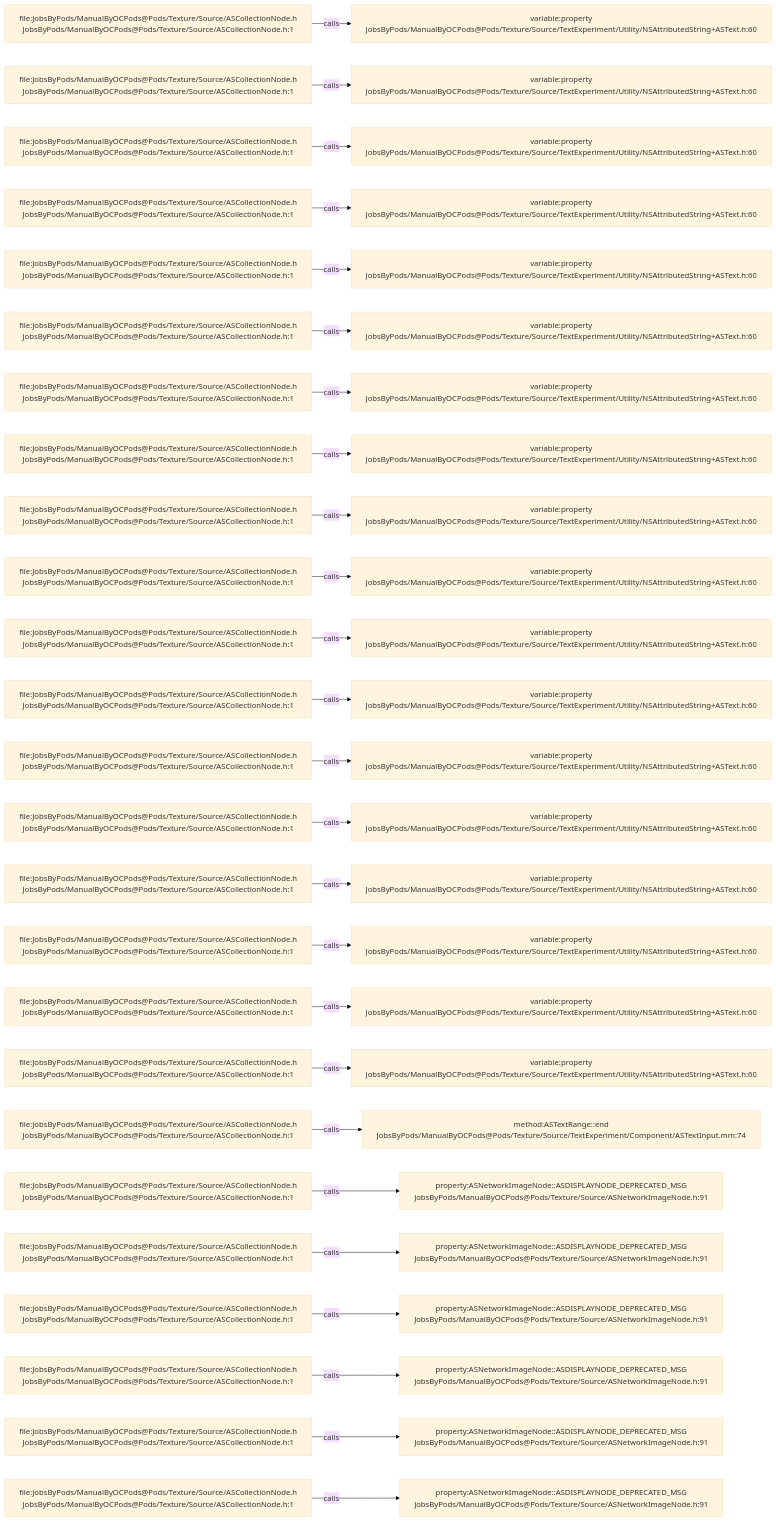
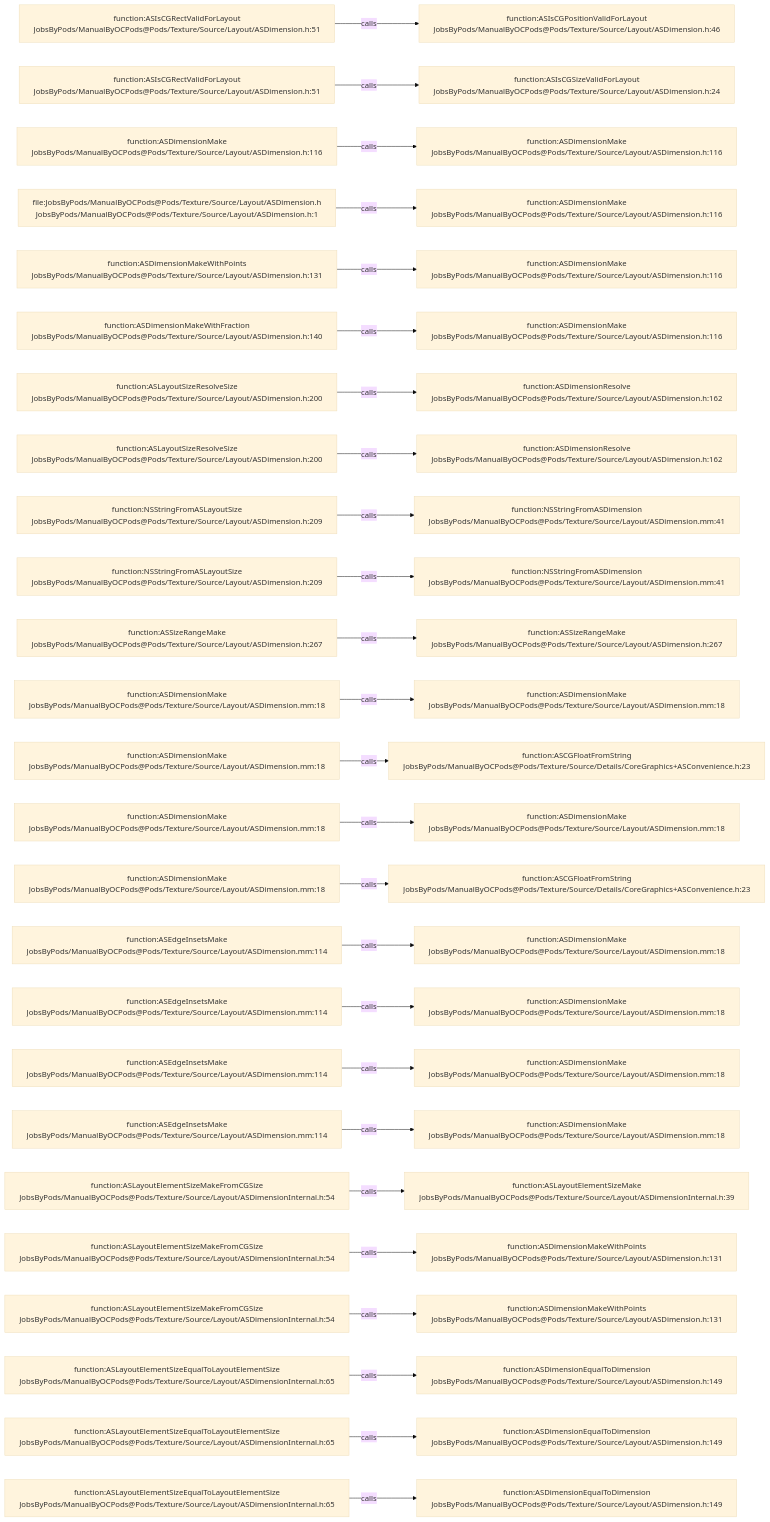
Before and after one commit to JobsKits/JobsOCBaseConfigDemo: the diagram in .codegraph/codegraph.md/graphs/calls-184.md, drawn with Mermaid (base theme). The commit also changed 2162 other files, not shown here.

````diff
--- a/.codegraph/codegraph.md/graphs/calls-184.md
+++ b/.codegraph/codegraph.md/graphs/calls-184.md
@@ -13,78 +13,78 @@
 ```mermaid
 flowchart LR
-  S1["file:JobsByPods/ManualByOCPods@Pods/Texture/Source/ASCollectionNode.h<br/>JobsByPods/ManualByOCPods@Pods/Texture/Source/ASCollectionNode.h:1"]
-  T1["variable:property<br/>JobsByPods/ManualByOCPods@Pods/Texture/Source/TextExperiment/Utility/NSAttributedString+ASText.h:60"]
+  S1["function:ASIsCGRectValidForLayout<br/>JobsByPods/ManualByOCPods@Pods/Texture/Source/Layout/ASDimension.h:51"]
+  T1["function:ASIsCGPositionValidForLayout<br/>JobsByPods/ManualByOCPods@Pods/Texture/Source/Layout/ASDimension.h:46"]
   S1 -->|calls| T1
-  S2["file:JobsByPods/ManualByOCPods@Pods/Texture/Source/ASCollectionNode.h<br/>JobsByPods/ManualByOCPods@Pods/Texture/Source/ASCollectionNode.h:1"]
-  T2["variable:property<br/>JobsByPods/ManualByOCPods@Pods/Texture/Source/TextExperiment/Utility/NSAttributedString+ASText.h:60"]
+  S2["function:ASIsCGRectValidForLayout<br/>JobsByPods/ManualByOCPods@Pods/Texture/Source/Layout/ASDimension.h:51"]
+  T2["function:ASIsCGSizeValidForLayout<br/>JobsByPods/ManualByOCPods@Pods/Texture/Source/Layout/ASDimension.h:24"]
   S2 -->|calls| T2
-  S3["file:JobsByPods/ManualByOCPods@Pods/Texture/Source/ASCollectionNode.h<br/>JobsByPods/ManualByOCPods@Pods/Texture/Source/ASCollectionNode.h:1"]
-  T3["variable:property<br/>JobsByPods/ManualByOCPods@Pods/Texture/Source/TextExperiment/Utility/NSAttributedString+ASText.h:60"]
+  S3["function:ASDimensionMake<br/>JobsByPods/ManualByOCPods@Pods/Texture/Source/Layout/ASDimension.h:116"]
+  T3["function:ASDimensionMake<br/>JobsByPods/ManualByOCPods@Pods/Texture/Source/Layout/ASDimension.h:116"]
   S3 -->|calls| T3
-  S4["file:JobsByPods/ManualByOCPods@Pods/Texture/Source/ASCollectionNode.h<br/>JobsByPods/ManualByOCPods@Pods/Texture/Source/ASCollectionNode.h:1"]
-  T4["variable:property<br/>JobsByPods/ManualByOCPods@Pods/Texture/Source/TextExperiment/Utility/NSAttributedString+ASText.h:60"]
+  S4["file:JobsByPods/ManualByOCPods@Pods/Texture/Source/Layout/ASDimension.h<br/>JobsByPods/ManualByOCPods@Pods/Texture/Source/Layout/ASDimension.h:1"]
+  T4["function:ASDimensionMake<br/>JobsByPods/ManualByOCPods@Pods/Texture/Source/Layout/ASDimension.h:116"]
   S4 -->|calls| T4
-  S5["file:JobsByPods/ManualByOCPods@Pods/Texture/Source/ASCollectionNode.h<br/>JobsByPods/ManualByOCPods@Pods/Texture/Source/ASCollectionNode.h:1"]
-  T5["variable:property<br/>JobsByPods/ManualByOCPods@Pods/Texture/Source/TextExperiment/Utility/NSAttributedString+ASText.h:60"]
+  S5["function:ASDimensionMakeWithPoints<br/>JobsByPods/ManualByOCPods@Pods/Texture/Source/Layout/ASDimension.h:131"]
+  T5["function:ASDimensionMake<br/>JobsByPods/ManualByOCPods@Pods/Texture/Source/Layout/ASDimension.h:116"]
   S5 -->|calls| T5
-  S6["file:JobsByPods/ManualByOCPods@Pods/Texture/Source/ASCollectionNode.h<br/>JobsByPods/ManualByOCPods@Pods/Texture/Source/ASCollectionNode.h:1"]
-  T6["variable:property<br/>JobsByPods/ManualByOCPods@Pods/Texture/Source/TextExperiment/Utility/NSAttributedString+ASText.h:60"]
+  S6["function:ASDimensionMakeWithFraction<br/>JobsByPods/ManualByOCPods@Pods/Texture/Source/Layout/ASDimension.h:140"]
+  T6["function:ASDimensionMake<br/>JobsByPods/ManualByOCPods@Pods/Texture/Source/Layout/ASDimension.h:116"]
   S6 -->|calls| T6
-  S7["file:JobsByPods/ManualByOCPods@Pods/Texture/Source/ASCollectionNode.h<br/>JobsByPods/ManualByOCPods@Pods/Texture/Source/ASCollectionNode.h:1"]
-  T7["variable:property<br/>JobsByPods/ManualByOCPods@Pods/Texture/Source/TextExperiment/Utility/NSAttributedString+ASText.h:60"]
+  S7["function:ASLayoutSizeResolveSize<br/>JobsByPods/ManualByOCPods@Pods/Texture/Source/Layout/ASDimension.h:200"]
+  T7["function:ASDimensionResolve<br/>JobsByPods/ManualByOCPods@Pods/Texture/Source/Layout/ASDimension.h:162"]
   S7 -->|calls| T7
-  S8["file:JobsByPods/ManualByOCPods@Pods/Texture/Source/ASCollectionNode.h<br/>JobsByPods/ManualByOCPods@Pods/Texture/Source/ASCollectionNode.h:1"]
-  T8["variable:property<br/>JobsByPods/ManualByOCPods@Pods/Texture/Source/TextExperiment/Utility/NSAttributedString+ASText.h:60"]
+  S8["function:ASLayoutSizeResolveSize<br/>JobsByPods/ManualByOCPods@Pods/Texture/Source/Layout/ASDimension.h:200"]
+  T8["function:ASDimensionResolve<br/>JobsByPods/ManualByOCPods@Pods/Texture/Source/Layout/ASDimension.h:162"]
   S8 -->|calls| T8
-  S9["file:JobsByPods/ManualByOCPods@Pods/Texture/Source/ASCollectionNode.h<br/>JobsByPods/ManualByOCPods@Pods/Texture/Source/ASCollectionNode.h:1"]
-  T9["variable:property<br/>JobsByPods/ManualByOCPods@Pods/Texture/Source/TextExperiment/Utility/NSAttributedString+ASText.h:60"]
+  S9["function:NSStringFromASLayoutSize<br/>JobsByPods/ManualByOCPods@Pods/Texture/Source/Layout/ASDimension.h:209"]
+  T9["function:NSStringFromASDimension<br/>JobsByPods/ManualByOCPods@Pods/Texture/Source/Layout/ASDimension.mm:41"]
   S9 -->|calls| T9
-  S10["file:JobsByPods/ManualByOCPods@Pods/Texture/Source/ASCollectionNode.h<br/>JobsByPods/ManualByOCPods@Pods/Texture/Source/ASCollectionNode.h:1"]
-  T10["variable:property<br/>JobsByPods/ManualByOCPods@Pods/Texture/Source/TextExperiment/Utility/NSAttributedString+ASText.h:60"]
+  S10["function:NSStringFromASLayoutSize<br/>JobsByPods/ManualByOCPods@Pods/Texture/Source/Layout/ASDimension.h:209"]
+  T10["function:NSStringFromASDimension<br/>JobsByPods/ManualByOCPods@Pods/Texture/Source/Layout/ASDimension.mm:41"]
   S10 -->|calls| T10
-  S11["file:JobsByPods/ManualByOCPods@Pods/Texture/Source/ASCollectionNode.h<br/>JobsByPods/ManualByOCPods@Pods/Texture/Source/ASCollectionNode.h:1"]
-  T11["variable:property<br/>JobsByPods/ManualByOCPods@Pods/Texture/Source/TextExperiment/Utility/NSAttributedString+ASText.h:60"]
+  S11["function:ASSizeRangeMake<br/>JobsByPods/ManualByOCPods@Pods/Texture/Source/Layout/ASDimension.h:267"]
+  T11["function:ASSizeRangeMake<br/>JobsByPods/ManualByOCPods@Pods/Texture/Source/Layout/ASDimension.h:267"]
   S11 -->|calls| T11
-  S12["file:JobsByPods/ManualByOCPods@Pods/Texture/Source/ASCollectionNode.h<br/>JobsByPods/ManualByOCPods@Pods/Texture/Source/ASCollectionNode.h:1"]
-  T12["variable:property<br/>JobsByPods/ManualByOCPods@Pods/Texture/Source/TextExperiment/Utility/NSAttributedString+ASText.h:60"]
+  S12["function:ASDimensionMake<br/>JobsByPods/ManualByOCPods@Pods/Texture/Source/Layout/ASDimension.mm:18"]
+  T12["function:ASDimensionMake<br/>JobsByPods/ManualByOCPods@Pods/Texture/Source/Layout/ASDimension.mm:18"]
   S12 -->|calls| T12
-  S13["file:JobsByPods/ManualByOCPods@Pods/Texture/Source/ASCollectionNode.h<br/>JobsByPods/ManualByOCPods@Pods/Texture/Source/ASCollectionNode.h:1"]
-  T13["variable:property<br/>JobsByPods/ManualByOCPods@Pods/Texture/Source/TextExperiment/Utility/NSAttributedString+ASText.h:60"]
+  S13["function:ASDimensionMake<br/>JobsByPods/ManualByOCPods@Pods/Texture/Source/Layout/ASDimension.mm:18"]
+  T13["function:ASCGFloatFromString<br/>JobsByPods/ManualByOCPods@Pods/Texture/Source/Details/CoreGraphics+ASConvenience.h:23"]
   S13 -->|calls| T13
-  S14["file:JobsByPods/ManualByOCPods@Pods/Texture/Source/ASCollectionNode.h<br/>JobsByPods/ManualByOCPods@Pods/Texture/Source/ASCollectionNode.h:1"]
-  T14["variable:property<br/>JobsByPods/ManualByOCPods@Pods/Texture/Source/TextExperiment/Utility/NSAttributedString+ASText.h:60"]
+  S14["function:ASDimensionMake<br/>JobsByPods/ManualByOCPods@Pods/Texture/Source/Layout/ASDimension.mm:18"]
+  T14["function:ASDimensionMake<br/>JobsByPods/ManualByOCPods@Pods/Texture/Source/Layout/ASDimension.mm:18"]
   S14 -->|calls| T14
-  S15["file:JobsByPods/ManualByOCPods@Pods/Texture/Source/ASCollectionNode.h<br/>JobsByPods/ManualByOCPods@Pods/Texture/Source/ASCollectionNode.h:1"]
-  T15["variable:property<br/>JobsByPods/ManualByOCPods@Pods/Texture/Source/TextExperiment/Utility/NSAttributedString+ASText.h:60"]
+  S15["function:ASDimensionMake<br/>JobsByPods/ManualByOCPods@Pods/Texture/Source/Layout/ASDimension.mm:18"]
+  T15["function:ASCGFloatFromString<br/>JobsByPods/ManualByOCPods@Pods/Texture/Source/Details/CoreGraphics+ASConvenience.h:23"]
   S15 -->|calls| T15
-  S16["file:JobsByPods/ManualByOCPods@Pods/Texture/Source/ASCollectionNode.h<br/>JobsByPods/ManualByOCPods@Pods/Texture/Source/ASCollectionNode.h:1"]
-  T16["variable:property<br/>JobsByPods/ManualByOCPods@Pods/Texture/Source/TextExperiment/Utility/NSAttributedString+ASText.h:60"]
+  S16["function:ASEdgeInsetsMake<br/>JobsByPods/ManualByOCPods@Pods/Texture/Source/Layout/ASDimension.mm:114"]
+  T16["function:ASDimensionMake<br/>JobsByPods/ManualByOCPods@Pods/Texture/Source/Layout/ASDimension.mm:18"]
   S16 -->|calls| T16
-  S17["file:JobsByPods/ManualByOCPods@Pods/Texture/Source/ASCollectionNode.h<br/>JobsByPods/ManualByOCPods@Pods/Texture/Source/ASCollectionNode.h:1"]
-  T17["variable:property<br/>JobsByPods/ManualByOCPods@Pods/Texture/Source/TextExperiment/Utility/NSAttributedString+ASText.h:60"]
+  S17["function:ASEdgeInsetsMake<br/>JobsByPods/ManualByOCPods@Pods/Texture/Source/Layout/ASDimension.mm:114"]
+  T17["function:ASDimensionMake<br/>JobsByPods/ManualByOCPods@Pods/Texture/Source/Layout/ASDimension.mm:18"]
   S17 -->|calls| T17
-  S18["file:JobsByPods/ManualByOCPods@Pods/Texture/Source/ASCollectionNode.h<br/>JobsByPods/ManualByOCPods@Pods/Texture/Source/ASCollectionNode.h:1"]
-  T18["variable:property<br/>JobsByPods/ManualByOCPods@Pods/Texture/Source/TextExperiment/Utility/NSAttributedString+ASText.h:60"]
+  S18["function:ASEdgeInsetsMake<br/>JobsByPods/ManualByOCPods@Pods/Texture/Source/Layout/ASDimension.mm:114"]
+  T18["function:ASDimensionMake<br/>JobsByPods/ManualByOCPods@Pods/Texture/Source/Layout/ASDimension.mm:18"]
   S18 -->|calls| T18
-  S19["file:JobsByPods/ManualByOCPods@Pods/Texture/Source/ASCollectionNode.h<br/>JobsByPods/ManualByOCPods@Pods/Texture/Source/ASCollectionNode.h:1"]
-  T19["method:ASTextRange::end<br/>JobsByPods/ManualByOCPods@Pods/Texture/Source/TextExperiment/Component/ASTextInput.mm:74"]
+  S19["function:ASEdgeInsetsMake<br/>JobsByPods/ManualByOCPods@Pods/Texture/Source/Layout/ASDimension.mm:114"]
+  T19["function:ASDimensionMake<br/>JobsByPods/ManualByOCPods@Pods/Texture/Source/Layout/ASDimension.mm:18"]
   S19 -->|calls| T19
-  S20["file:JobsByPods/ManualByOCPods@Pods/Texture/Source/ASCollectionNode.h<br/>JobsByPods/ManualByOCPods@Pods/Texture/Source/ASCollectionNode.h:1"]
-  T20["property:ASNetworkImageNode::ASDISPLAYNODE_DEPRECATED_MSG<br/>JobsByPods/ManualByOCPods@Pods/Texture/Source/ASNetworkImageNode.h:91"]
+  S20["function:ASLayoutElementSizeMakeFromCGSize<br/>JobsByPods/ManualByOCPods@Pods/Texture/Source/Layout/ASDimensionInternal.h:54"]
+  T20["function:ASLayoutElementSizeMake<br/>JobsByPods/ManualByOCPods@Pods/Texture/Source/Layout/ASDimensionInternal.h:39"]
   S20 -->|calls| T20
-  S21["file:JobsByPods/ManualByOCPods@Pods/Texture/Source/ASCollectionNode.h<br/>JobsByPods/ManualByOCPods@Pods/Texture/Source/ASCollectionNode.h:1"]
-  T21["property:ASNetworkImageNode::ASDISPLAYNODE_DEPRECATED_MSG<br/>JobsByPods/ManualByOCPods@Pods/Texture/Source/ASNetworkImageNode.h:91"]
+  S21["function:ASLayoutElementSizeMakeFromCGSize<br/>JobsByPods/ManualByOCPods@Pods/Texture/Source/Layout/ASDimensionInternal.h:54"]
+  T21["function:ASDimensionMakeWithPoints<br/>JobsByPods/ManualByOCPods@Pods/Texture/Source/Layout/ASDimension.h:131"]
   S21 -->|calls| T21
-  S22["file:JobsByPods/ManualByOCPods@Pods/Texture/Source/ASCollectionNode.h<br/>JobsByPods/ManualByOCPods@Pods/Texture/Source/ASCollectionNode.h:1"]
-  T22["property:ASNetworkImageNode::ASDISPLAYNODE_DEPRECATED_MSG<br/>JobsByPods/ManualByOCPods@Pods/Texture/Source/ASNetworkImageNode.h:91"]
+  S22["function:ASLayoutElementSizeMakeFromCGSize<br/>JobsByPods/ManualByOCPods@Pods/Texture/Source/Layout/ASDimensionInternal.h:54"]
+  T22["function:ASDimensionMakeWithPoints<br/>JobsByPods/ManualByOCPods@Pods/Texture/Source/Layout/ASDimension.h:131"]
   S22 -->|calls| T22
-  S23["file:JobsByPods/ManualByOCPods@Pods/Texture/Source/ASCollectionNode.h<br/>JobsByPods/ManualByOCPods@Pods/Texture/Source/ASCollectionNode.h:1"]
-  T23["property:ASNetworkImageNode::ASDISPLAYNODE_DEPRECATED_MSG<br/>JobsByPods/ManualByOCPods@Pods/Texture/Source/ASNetworkImageNode.h:91"]
+  S23["function:ASLayoutElementSizeEqualToLayoutElementSize<br/>JobsByPods/ManualByOCPods@Pods/Texture/Source/Layout/ASDimensionInternal.h:65"]
+  T23["function:ASDimensionEqualToDimension<br/>JobsByPods/ManualByOCPods@Pods/Texture/Source/Layout/ASDimension.h:149"]
   S23 -->|calls| T23
-  S24["file:JobsByPods/ManualByOCPods@Pods/Texture/Source/ASCollectionNode.h<br/>JobsByPods/ManualByOCPods@Pods/Texture/Source/ASCollectionNode.h:1"]
-  T24["property:ASNetworkImageNode::ASDISPLAYNODE_DEPRECATED_MSG<br/>JobsByPods/ManualByOCPods@Pods/Texture/Source/ASNetworkImageNode.h:91"]
+  S24["function:ASLayoutElementSizeEqualToLayoutElementSize<br/>JobsByPods/ManualByOCPods@Pods/Texture/Source/Layout/ASDimensionInternal.h:65"]
+  T24["function:ASDimensionEqualToDimension<br/>JobsByPods/ManualByOCPods@Pods/Texture/Source/Layout/ASDimension.h:149"]
   S24 -->|calls| T24
-  S25["file:JobsByPods/ManualByOCPods@Pods/Texture/Source/ASCollectionNode.h<br/>JobsByPods/ManualByOCPods@Pods/Texture/Source/ASCollectionNode.h:1"]
-  T25["property:ASNetworkImageNode::ASDISPLAYNODE_DEPRECATED_MSG<br/>JobsByPods/ManualByOCPods@Pods/Texture/Source/ASNetworkImageNode.h:91"]
+  S25["function:ASLayoutElementSizeEqualToLayoutElementSize<br/>JobsByPods/ManualByOCPods@Pods/Texture/Source/Layout/ASDimensionInternal.h:65"]
+  T25["function:ASDimensionEqualToDimension<br/>JobsByPods/ManualByOCPods@Pods/Texture/Source/Layout/ASDimension.h:149"]
   S25 -->|calls| T25
 ```
````
